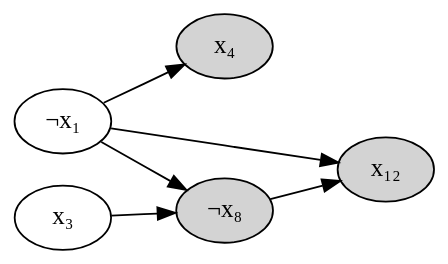
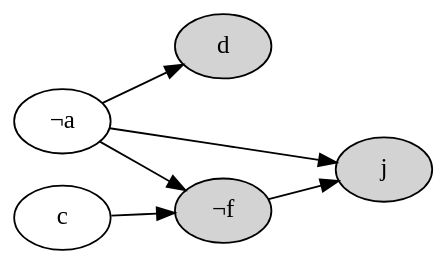
Before and after one commit to vaibhavsagar/presentations: the diagram in sat-solvers/images/graph1x3.dot, drawn with Graphviz. The commit also changed 21 other files, not shown here.

```diff
--- a/sat-solvers/images/graph1x3.dot
+++ b/sat-solvers/images/graph1x3.dot
@@ -1,16 +1,16 @@
 digraph {
-    x₁ [label="¬x₁"]
-    x₄ [style="filled"]
-    x₈ [label="¬x₈", style="filled"]
-    x₁₂ [style="filled"]
-    x₁ -> x₄
-    x₃ -> x₈
-    x₁ -> x₈
-    x₁ -> x₁₂
-    x₈ -> x₁₂
+    a [label="¬a"]
+    d [style="filled"]
+    f [label="¬f", style="filled"]
+    j [style="filled"]
+    a -> d
+    c -> f
+    a -> f
+    a -> j
+    f -> j
     rankdir="LR"
-    {rank=same; x₁ x₃}
+    {rank=same; a c}
     overlap=false
     splines=true
     bgcolor=transparent
 }
```
